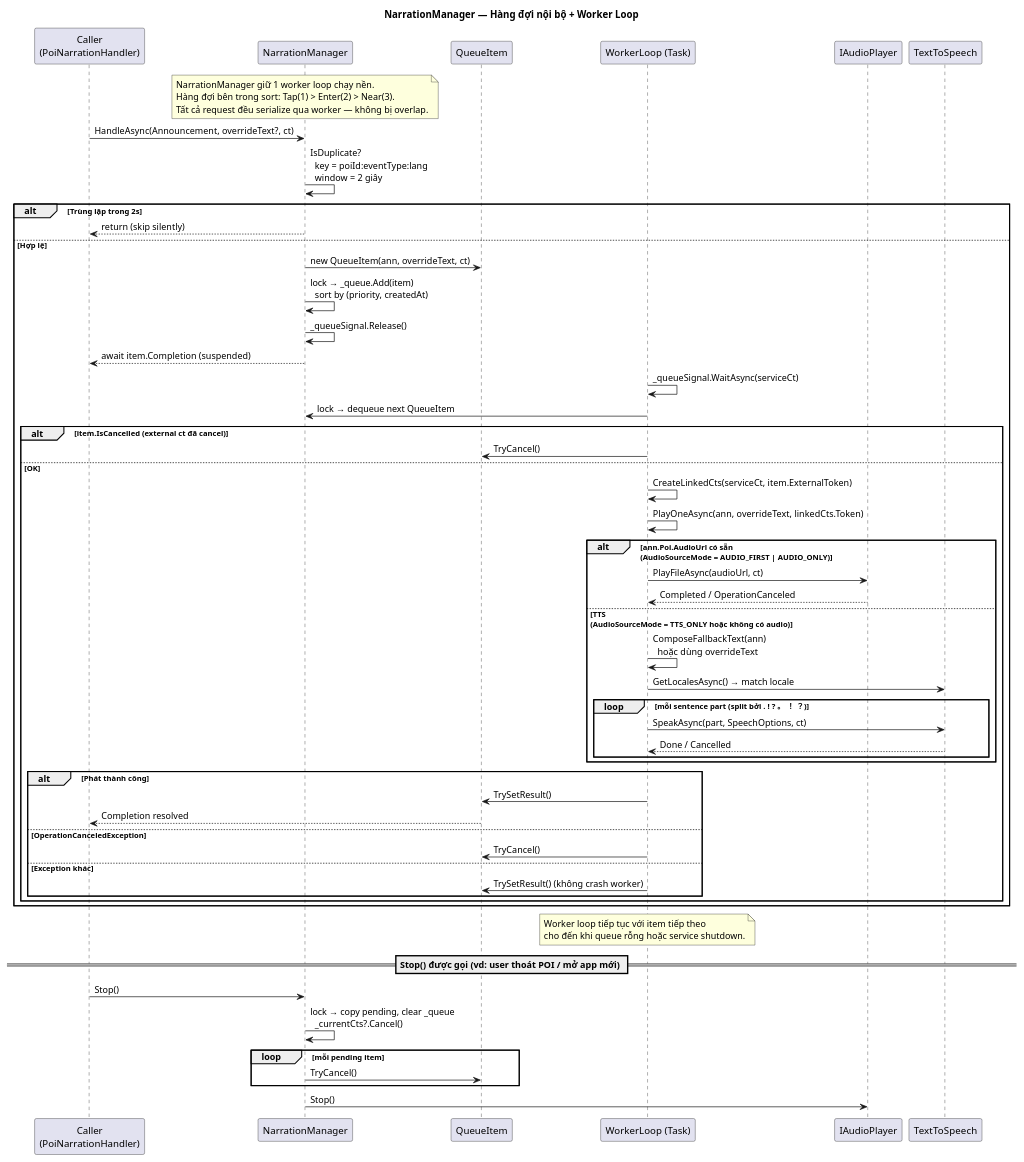
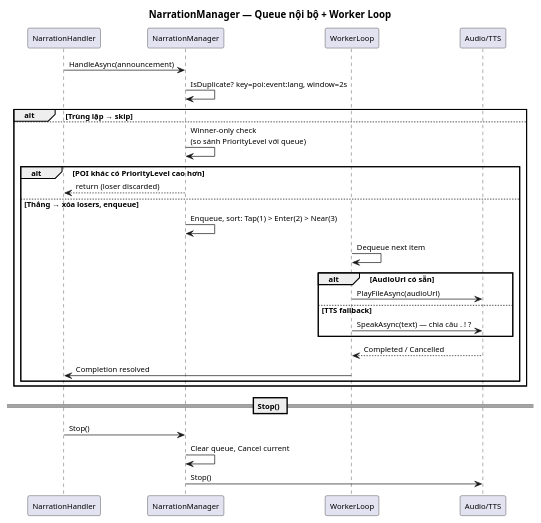
Before and after one commit to anpham238/GpsGeoFenceApp: the diagram in uml/sequence-narration-queue.puml, drawn with PlantUML. The commit also changed 19 other files, not shown here.

```diff
--- a/uml/sequence-narration-queue.puml
+++ b/uml/sequence-narration-queue.puml
@@ -1,73 +1,34 @@
-@startuml
-title NarrationManager — Hàng đợi nội bộ + Worker Loop
+@startuml sequence-narration-queue
+title NarrationManager — Queue nội bộ + Worker Loop
+skinparam defaultFontSize 11
 
-participant "Caller\n(PoiNarrationHandler)" as Caller
-participant "NarrationManager"              as Nar
-participant "QueueItem"                     as Item
-participant "WorkerLoop (Task)"             as Worker
-participant "IAudioPlayer"                  as Audio
-participant "TextToSpeech"                  as TTS
+participant "NarrationHandler" as H
+participant "NarrationManager" as Nar
+participant "WorkerLoop"       as W
+participant "Audio/TTS"        as Audio
 
-note over Nar
-  NarrationManager giữ 1 worker loop chạy nền.
-  Hàng đợi bên trong sort: Tap(1) > Enter(2) > Near(3).
-  Tất cả request đều serialize qua worker — không bị overlap.
-end note
-
-Caller -> Nar : HandleAsync(Announcement, overrideText?, ct)
-Nar -> Nar    : IsDuplicate?\n  key = poiId:eventType:lang\n  window = 2 giây
-alt Trùng lặp trong 2s
-  Nar --> Caller : return (skip silently)
-else Hợp lệ
-  Nar -> Item   : new QueueItem(ann, overrideText, ct)
-  Nar -> Nar    : lock → _queue.Add(item)\n  sort by (priority, createdAt)
-  Nar -> Nar    : _queueSignal.Release()
-  Nar --> Caller : await item.Completion (suspended)
-
-  ' ─── Worker loop ───
-  Worker -> Worker : _queueSignal.WaitAsync(serviceCt)
-  Worker -> Nar    : lock → dequeue next QueueItem
-  alt item.IsCancelled (external ct đã cancel)
-    Worker -> Item : TryCancel()
-  else OK
-    Worker -> Worker : CreateLinkedCts(serviceCt, item.ExternalToken)
-    Worker -> Worker : PlayOneAsync(ann, overrideText, linkedCts.Token)
-
-    alt ann.Poi.AudioUrl có sẵn\n(AudioSourceMode = AUDIO_FIRST | AUDIO_ONLY)
-      Worker -> Audio : PlayFileAsync(audioUrl, ct)
-      Audio --> Worker : Completed / OperationCanceled
-    else TTS\n(AudioSourceMode = TTS_ONLY hoặc không có audio)
-      Worker -> Worker : ComposeFallbackText(ann)\n  hoặc dùng overrideText
-      Worker -> TTS    : GetLocalesAsync() → match locale
-      loop mỗi sentence part (split bởi . ! ? 。 ！ ？)
-        Worker -> TTS  : SpeakAsync(part, SpeechOptions, ct)
-        TTS --> Worker : Done / Cancelled
-      end
+H -> Nar : HandleAsync(announcement)
+Nar -> Nar : IsDuplicate? key=poi:event:lang, window=2s
+alt Trùng lặp → skip
+else
+  Nar -> Nar : Winner-only check\n(so sánh PriorityLevel với queue)
+  alt POI khác có PriorityLevel cao hơn
+    Nar --> H : return (loser discarded)
+  else Thắng → xóa losers, enqueue
+    Nar -> Nar : Enqueue, sort: Tap(1) > Enter(2) > Near(3)
+    W -> W     : Dequeue next item
+    alt AudioUrl có sẵn
+      W -> Audio : PlayFileAsync(audioUrl)
+    else TTS fallback
+      W -> Audio : SpeakAsync(text) — chia câu . ! ?
     end
-
-    alt Phát thành công
-      Worker -> Item : TrySetResult()
-      Item --> Caller : Completion resolved
-    else OperationCanceledException
-      Worker -> Item : TryCancel()
-    else Exception khác
-      Worker -> Item : TrySetResult() (không crash worker)
-    end
+    Audio --> W : Completed / Cancelled
+    W -> H      : Completion resolved
   end
 end
 
-note over Worker
-  Worker loop tiếp tục với item tiếp theo
-  cho đến khi queue rỗng hoặc service shutdown.
-end note
-
-== Stop() được gọi (vd: user thoát POI / mở app mới) ==
-
-Caller -> Nar : Stop()
-Nar -> Nar    : lock → copy pending, clear _queue\n  _currentCts?.Cancel()
-loop mỗi pending item
-  Nar -> Item : TryCancel()
-end
-Nar -> Audio  : Stop()
-
+== Stop() ==
+H -> Nar  : Stop()
+Nar -> Nar : Clear queue, Cancel current
+Nar -> Audio : Stop()
 @enduml
```
